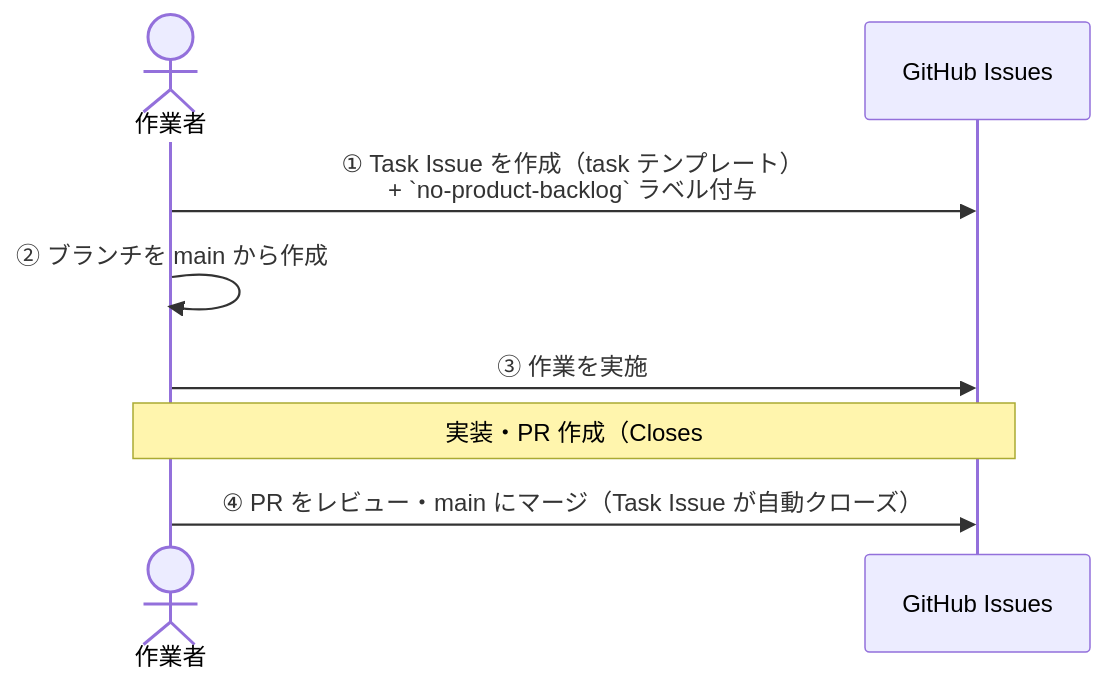
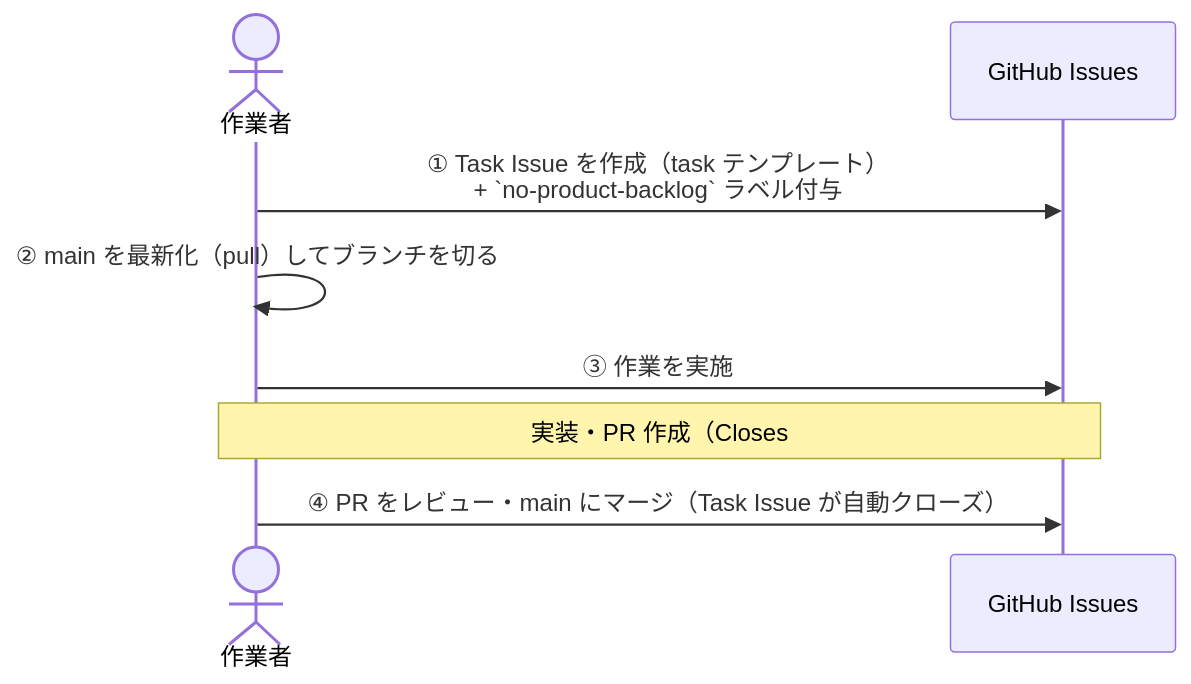
The second of 2 diagrams in guides/development-policy/issue-operation-rules.md (masaya-ueki/life-os), drawn with Mermaid before and after one commit. The commit also changed other lines of this file and 2 other files, not shown here.

First line of the commit message:
docs(common): main からブランチを切る前に pull するルールを追加

````diff
--- a/guides/development-policy/issue-operation-rules.md
+++ b/guides/development-policy/issue-operation-rules.md
@@ -150,11 +164,11 @@
 ```mermaid
 sequenceDiagram
     actor 作業者
     participant Issues as GitHub Issues
 
     作業者->>Issues: ① Task Issue を作成（task テンプレート）<br/>+ `no-product-backlog` ラベル付与
-    作業者->>作業者: ② ブランチを main から作成
+    作業者->>作業者: ② main を最新化（pull）してブランチを切る
     作業者->>Issues: ③ 作業を実施
     Note over 作業者,Issues: 実装・PR 作成（Closes #Task番号 を本文に記載）
     作業者->>Issues: ④ PR をレビュー・main にマージ（Task Issue が自動クローズ）
 ```
````
